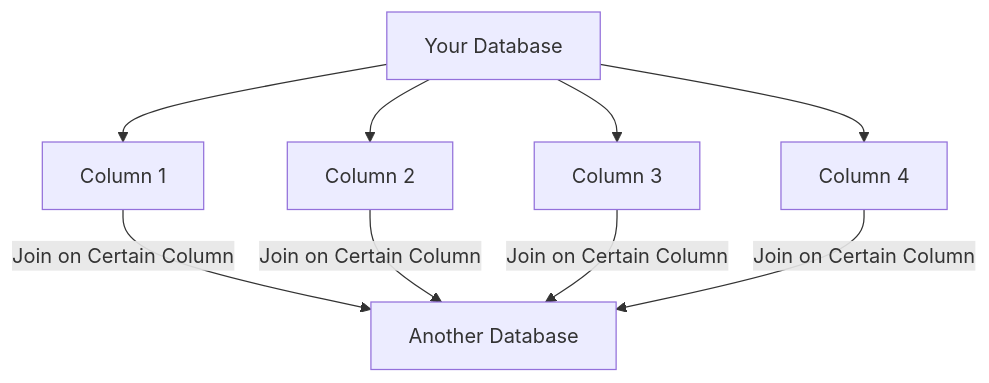
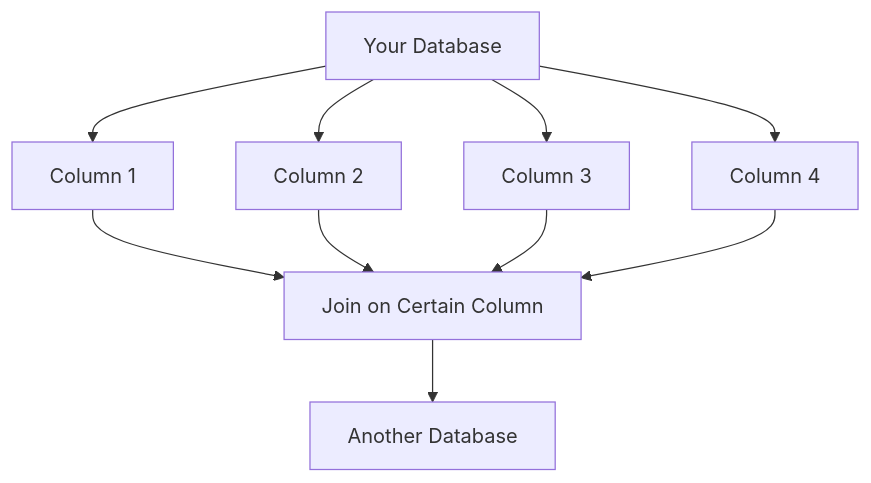
One commit to ccao-data/model-sales-val changed the fourth of 4 diagrams in README.md. Above: the diagram before and after it, drawn with Mermaid.

````diff
--- a/README.md
+++ b/README.md
@@ -251,14 +251,15 @@
 ```mermaid
 
 graph TD
     A[Your Database] --> C1[Column 1]
     A --> C2[Column 2]
     A --> C3[Column 3]
     A --> C4[Column 4]
     
-    C1 -->|Join on Certain Column| D[Another Database]
-    C2 -->|Join on Certain Column| D
-    C3 -->|Join on Certain Column| D
-    C4 -->|Join on Certain Column| D
+    C1 --> J[Join on Certain Column]
+    C2 --> J
+    C3 --> J
+    C4 --> J
+    J --> D[Another Database]
 
 ```
````
